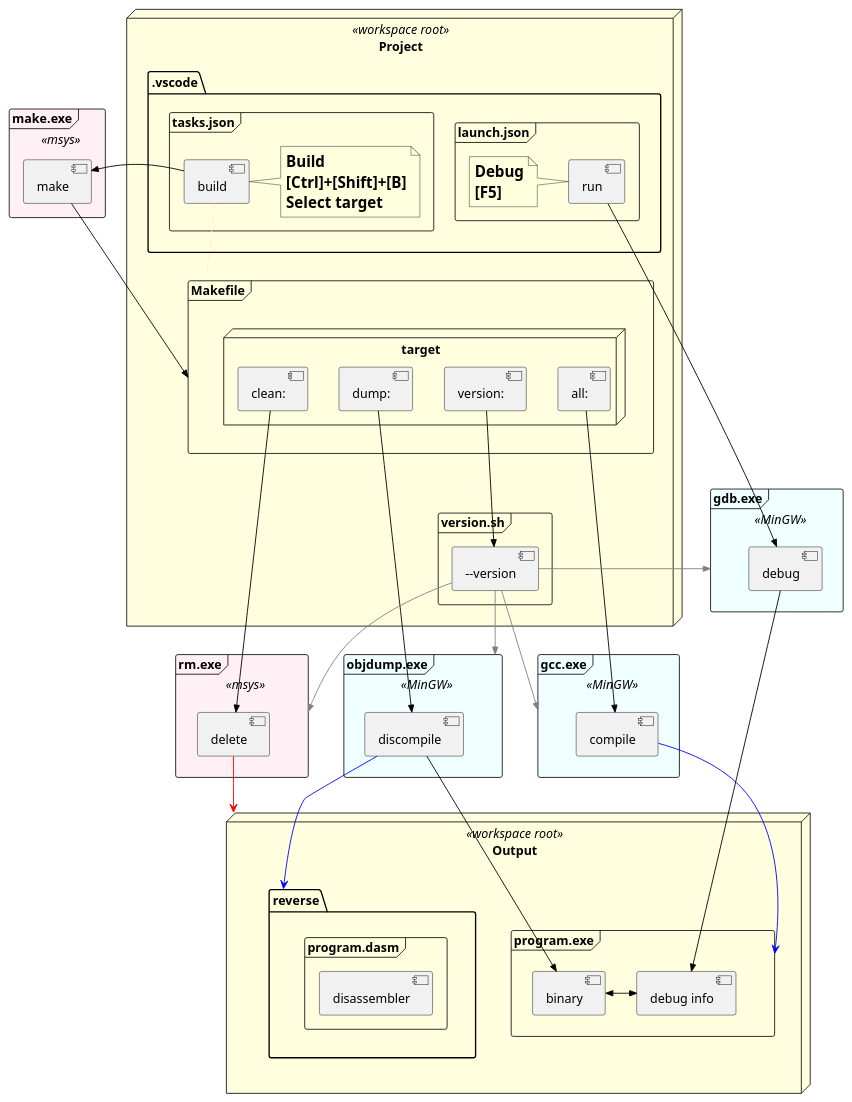
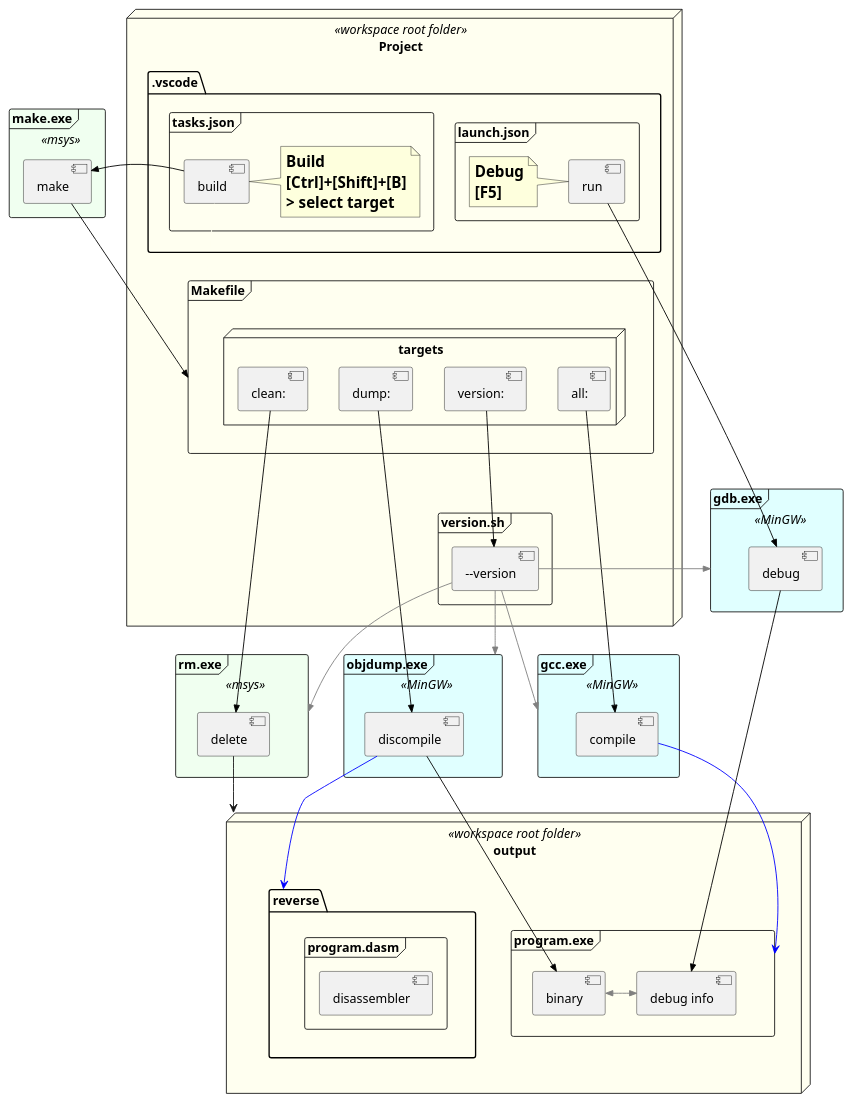
Before and after one commit to adachikenta/c_program: the diagram in environment.plantuml, drawn with PlantUML.

```diff
--- a/environment.plantuml
+++ b/environment.plantuml
@@ -1,85 +1,83 @@
 @startuml enviroment
+skinparam frame {
+	backgroundColor<<msys>> honeydew
+	backgroundColor<<MinGW>> lightcyan
+}
 skinparam node {
-	backgroundColor<<workspace root>> lightyellow
+	backgroundColor ivory
 }
-skinparam frame {
-  backgroundColor<<msys>> lavenderblush
-  backgroundColor<<MinGW>> azure
-}
-skinparam component {
-  borderColor black
-}
-node "Project" <<workspace root>> {
+node "Project" <<workspace root folder>> {
   folder ".vscode" {
     frame "launch.json" {
       [run]
       note left of [run]
         =Debug
         =[F5]
       end note
     }
     frame "tasks.json" {
       [build]
       note right of [build]
         =Build
         =[Ctrl]+[Shift]+[B]
-        =Select target
+        => select target
       end note
     }
   }
   frame "Makefile" {
-    node target {
+    node targets {
       [all:]
       [dump:]
       [clean:]
       [version:]
     }
   }
   frame "version.sh" {
     [--version]
   }
 }
 frame "make.exe" <<msys>> {
   [make]
 }
 frame "gcc.exe" <<MinGW>> {
   [compile]
 }
 frame "objdump.exe" <<MinGW>> {
   [discompile]
 }
+frame "rm.exe" <<msys>> {
+  [delete]
+}
 frame "gdb.exe" <<MinGW>> {
   [debug]
 }
-frame "rm.exe" <<msys>> {
-  [delete]
-}
-node "Output" <<workspace root>> {
+
+node "output" <<workspace root folder>> {
   frame "program.exe" {
-    [binary] <<->> [debug info] #black
+    [binary] <<->> [debug info] #gray
   }
-  folder "reverse" {
+  folder "reverse"{
     frame "program.dasm" {
       [disassembler]
     }
   }
 }
 
-[build] .. Makefile #mistyrose
+[build] .. Makefile #ivory
 [build] ->> [make] #black
   [make] -->> Makefile #black
     [all:] -->> [compile] #black
       [compile] --> program.exe #blue
     [dump:] -->> [discompile] #black
-      [discompile] -->> [binary] #black
+      [discompile] ->> [binary] #black
       [discompile] --> reverse #blue
     [clean:] -->> [delete] #black
-      [delete] --> Output #red
+      [delete] --> output
     [version:] -->> [--version] #black
       [--version] -->> gcc.exe #gray
       [--version] -->> objdump.exe #gray
       [--version] -->> rm.exe #gray
       [--version] ->> gdb.exe #gray
 [run] -->> [debug] #black
-  [debug] -->> [debug info] #black
+  [debug] ->> [debug info] #black
 @enduml
```
